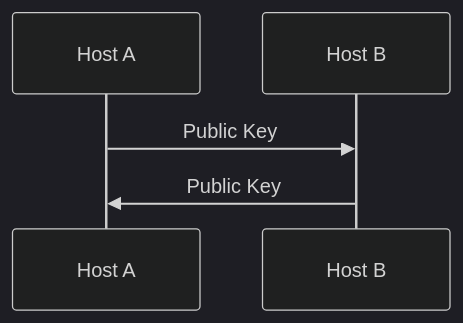
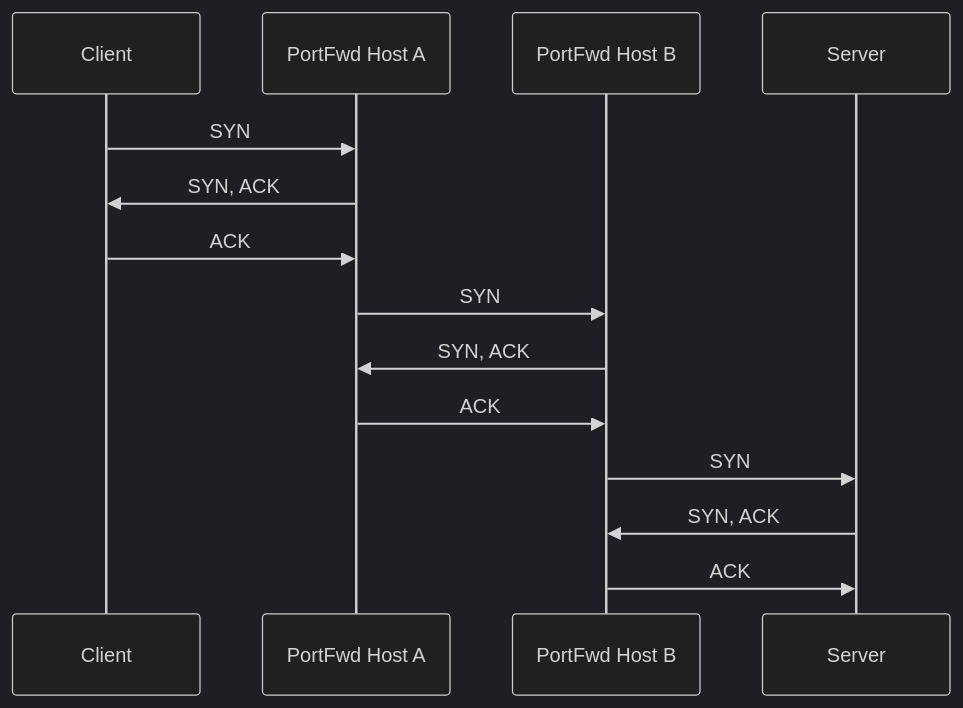
One commit to cmason3/portfwd changed the diagram in README.md. Above: the diagram before and after it, drawn with Mermaid (dark theme). The commit also changed 1 other file, not shown here.

````diff
--- a/README.md
+++ b/README.md
@@ -32,7 +32,16 @@
 ```mermaid
 sequenceDiagram
-    participant A as Host A
-    participant B as Host B
-    A->>B: Public Key
-    B->>A: Public Key
+    participant C as Client
+    participant A as PortFwd Host A
+    participant B as PortFwd Host B
+    participant S as Server
+    C->>A: SYN
+    A->>C: SYN, ACK
+    C->>A: ACK
+    A->>B: SYN
+    B->>A: SYN, ACK
+    A->>B: ACK
+    B->>S: SYN
+    S->>B: SYN, ACK
+    B->>S: ACK
 ```
````
